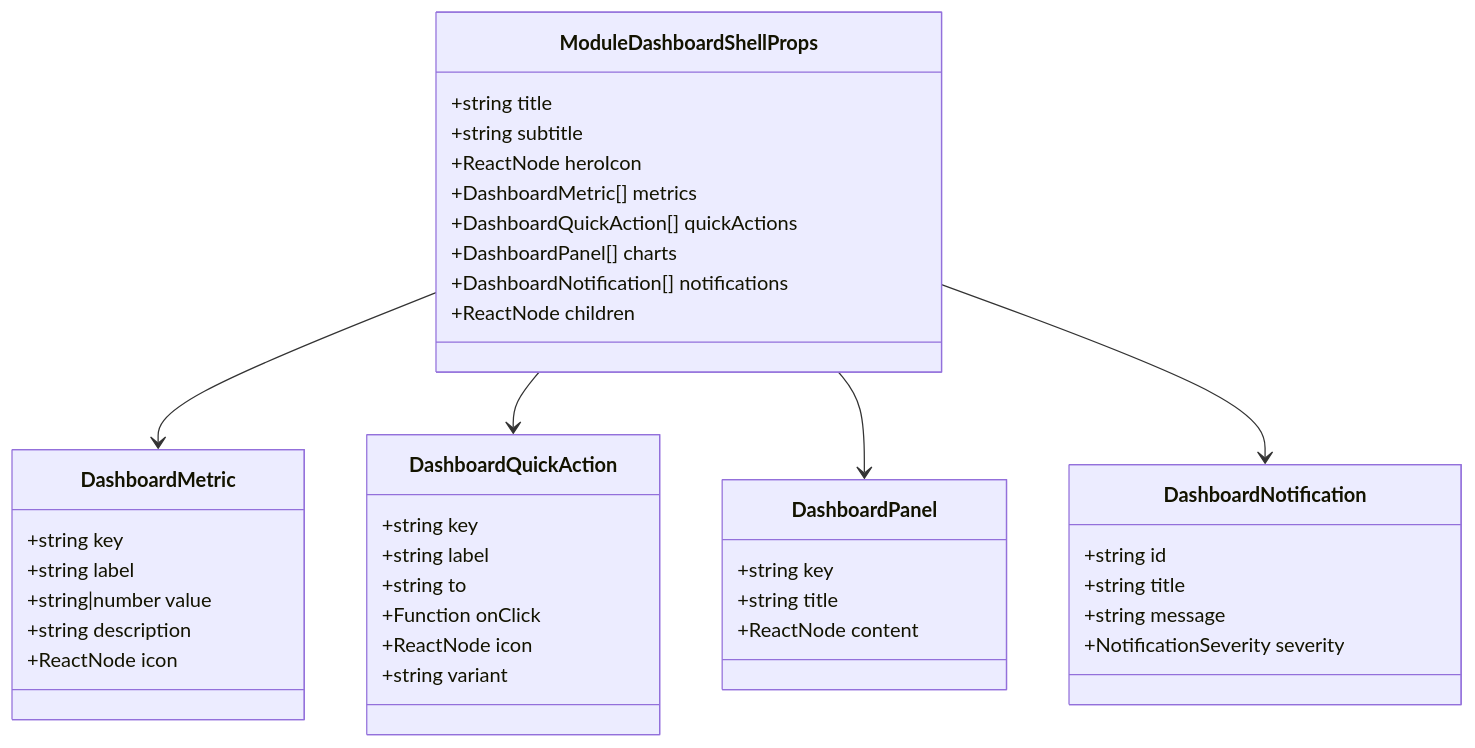
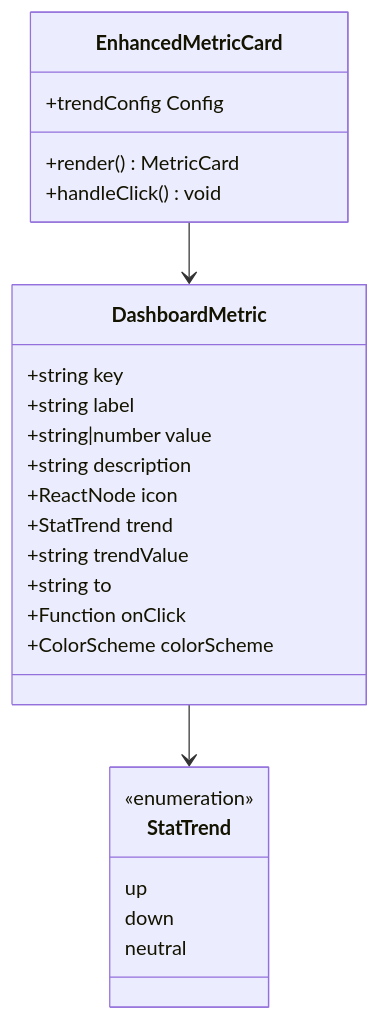
Before and after one commit to geniusdynamics/schoolpilot: the tenth of 15 diagrams in .qoder/repowiki/en/content/Development Guides/Component Pattern Improvements.md, drawn with Mermaid. The commit also changed other lines of this file and 16 other files, not shown here.

````diff
--- a/.qoder/repowiki/en/content/Development Guides/Component Pattern Improvements.md
+++ b/.qoder/repowiki/en/content/Development Guides/Component Pattern Improvements.md
@@ -443,43 +503,28 @@
 ```mermaid
 classDiagram
-class ModuleDashboardShellProps {
-+string title
-+string subtitle
-+ReactNode heroIcon
-+DashboardMetric[] metrics
-+DashboardQuickAction[] quickActions
-+DashboardPanel[] charts
-+DashboardNotification[] notifications
-+ReactNode children
-}
 class DashboardMetric {
 +string key
 +string label
 +string|number value
 +string description
 +ReactNode icon
-}
-class DashboardQuickAction {
-+string key
-+string label
++StatTrend trend
++string trendValue
 +string to
 +Function onClick
-+ReactNode icon
-+string variant
++ColorScheme colorScheme
 }
-class DashboardPanel {
-+string key
-+string title
-+ReactNode content
+class StatTrend {
+<<enumeration>>
+up
+down
+neutral
 }
-class DashboardNotification {
-+string id
-+string title
-+string message
-+NotificationSeverity severity
+class EnhancedMetricCard {
++render() MetricCard
++handleClick() void
++trendConfig Config
 }
-ModuleDashboardShellProps --> DashboardMetric
-ModuleDashboardShellProps --> DashboardQuickAction
-ModuleDashboardShellProps --> DashboardPanel
-ModuleDashboardShellProps --> DashboardNotification
+DashboardMetric --> StatTrend
+EnhancedMetricCard --> DashboardMetric
 ```
````
